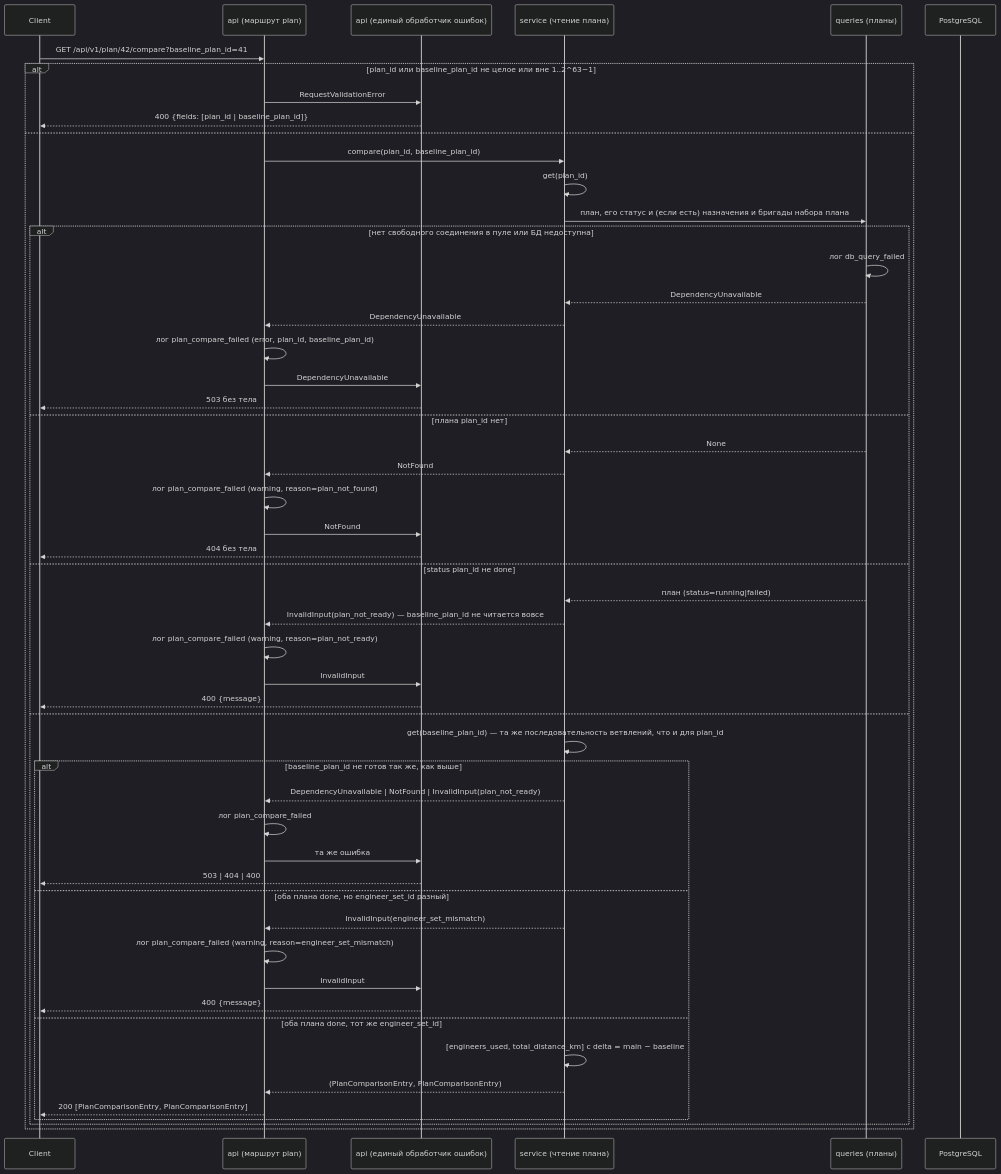
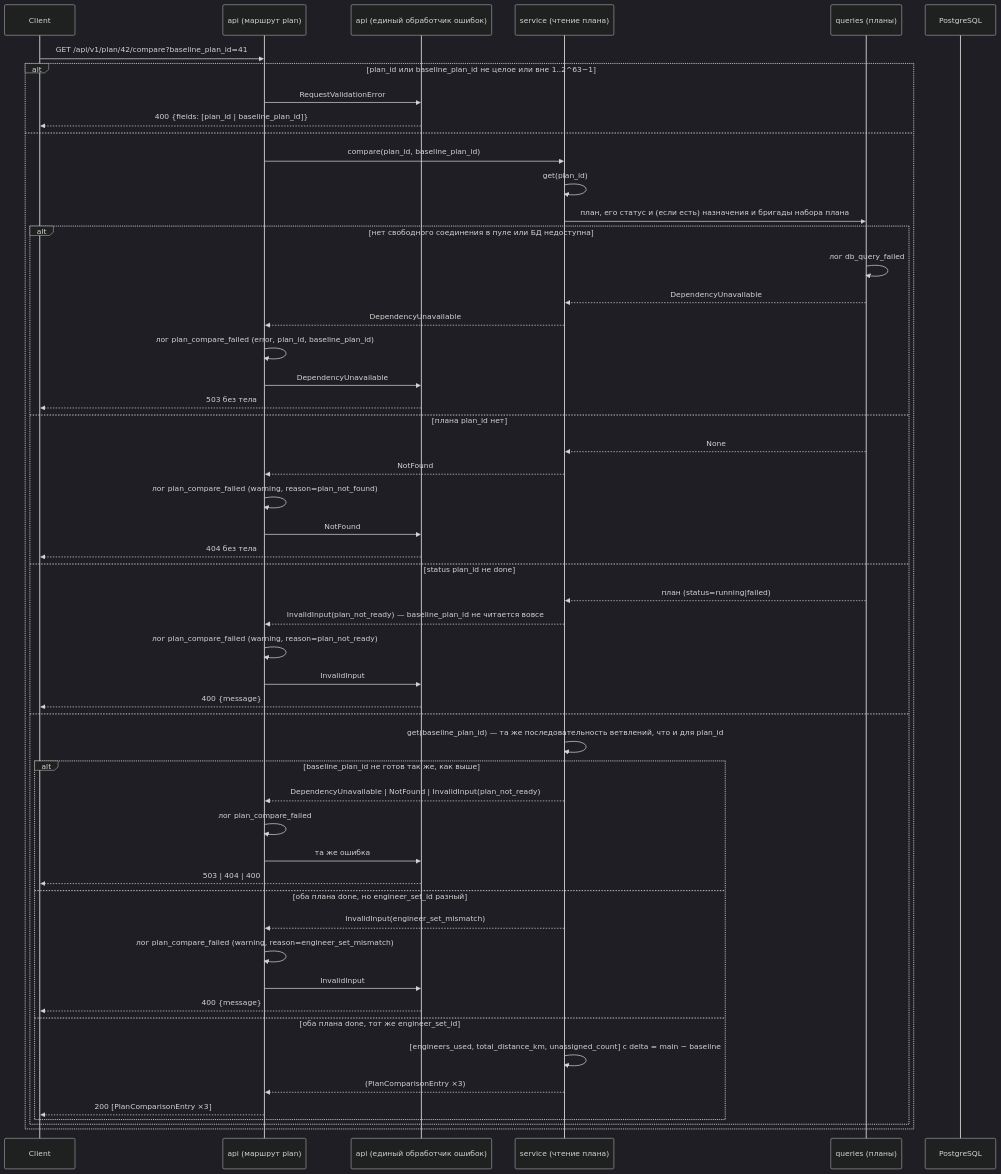
Diagram 16 of 17 in back/src/api/routes/sequence_diagrams.md (vseminoy/engineer_route_plan), drawn with Mermaid (dark theme) before and after one commit. The commit also changed other lines of this file and 21 other files, not shown here.

Commit message:
feat(plan): add unassigned_count as a third baseline-comparison metric

````diff
--- a/back/src/api/routes/sequence_diagrams.md
+++ b/back/src/api/routes/sequence_diagrams.md
@@ -1043,56 +1044,56 @@
 ```mermaid
 sequenceDiagram
     participant Client
     participant API as api (маршрут plan)
     participant H as api (единый обработчик ошибок)
     participant Svc as service (чтение плана)
     participant PlanRepo as queries (планы)
     participant DB as PostgreSQL
 
     Client->>API: GET /api/v1/plan/42/compare?baseline_plan_id=41
     alt plan_id или baseline_plan_id не целое или вне 1..2^63−1
         API->>H: RequestValidationError
         H-->>Client: 400 {fields: [plan_id | baseline_plan_id]}
     else
         API->>Svc: compare(plan_id, baseline_plan_id)
         Svc->>Svc: get(plan_id)
         Svc->>PlanRepo: план, его статус и (если есть) назначения и бригады набора плана
         alt нет свободного соединения в пуле или БД недоступна
             PlanRepo->>PlanRepo: лог db_query_failed
             PlanRepo-->>Svc: DependencyUnavailable
             Svc-->>API: DependencyUnavailable
             API->>API: лог plan_compare_failed (error, plan_id, baseline_plan_id)
             API->>H: DependencyUnavailable
             H-->>Client: 503 без тела
         else плана plan_id нет
             PlanRepo-->>Svc: None
             Svc-->>API: NotFound
             API->>API: лог plan_compare_failed (warning, reason=plan_not_found)
             API->>H: NotFound
             H-->>Client: 404 без тела
         else status plan_id не done
             PlanRepo-->>Svc: план (status=running|failed)
             Svc-->>API: InvalidInput(plan_not_ready) — baseline_plan_id не читается вовсе
             API->>API: лог plan_compare_failed (warning, reason=plan_not_ready)
             API->>H: InvalidInput
             H-->>Client: 400 {message}
         else
             Svc->>Svc: get(baseline_plan_id) — та же последовательность ветвлений, что и для plan_id
             alt baseline_plan_id не готов так же, как выше
                 Svc-->>API: DependencyUnavailable | NotFound | InvalidInput(plan_not_ready)
                 API->>API: лог plan_compare_failed
                 API->>H: та же ошибка
                 H-->>Client: 503 | 404 | 400
             else оба плана done, но engineer_set_id разный
                 Svc-->>API: InvalidInput(engineer_set_mismatch)
                 API->>API: лог plan_compare_failed (warning, reason=engineer_set_mismatch)
                 API->>H: InvalidInput
                 H-->>Client: 400 {message}
             else оба плана done, тот же engineer_set_id
-                Svc->>Svc: [engineers_used, total_distance_km] с delta = main − baseline
-                Svc-->>API: (PlanComparisonEntry, PlanComparisonEntry)
-                API-->>Client: 200 [PlanComparisonEntry, PlanComparisonEntry]
+                Svc->>Svc: [engineers_used, total_distance_km, unassigned_count] с delta = main − baseline
+                Svc-->>API: (PlanComparisonEntry ×3)
+                API-->>Client: 200 [PlanComparisonEntry ×3]
             end
         end
     end
 ```
````
